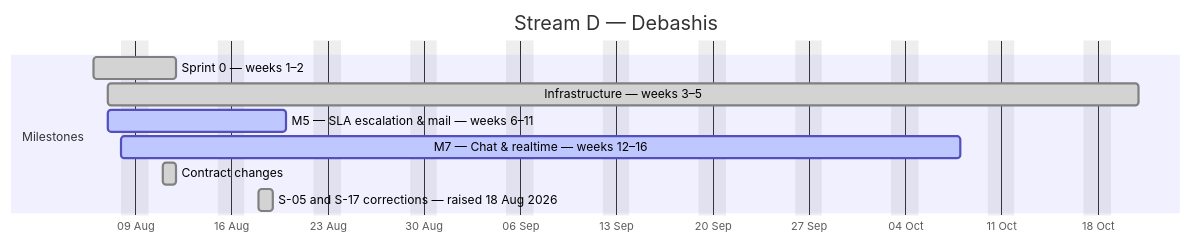
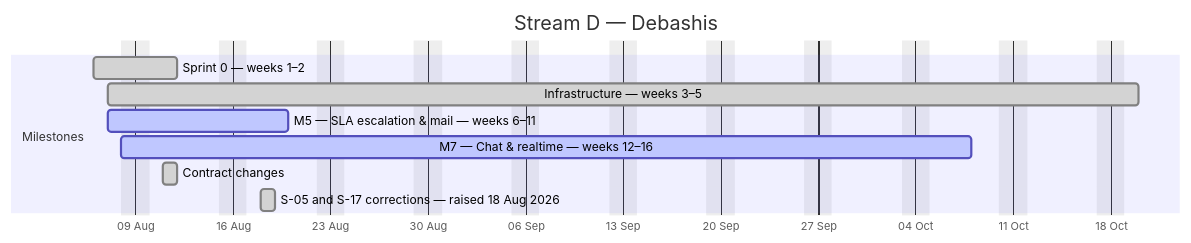
The fourth of 4 diagrams in docs/plan/GANTT.md (debashisedunext/EduTrack), drawn with Mermaid before and after one commit. The commit also changed other lines of this file and 3 other files, not shown here.

````diff
--- a/docs/plan/GANTT.md
+++ b/docs/plan/GANTT.md
@@ -149,14 +149,14 @@
 ```mermaid
 gantt
     dateFormat YYYY-MM-DD
     axisFormat %d %b
     title Stream D — Debashis
     excludes weekends
     section Milestones
     Sprint 0 — weeks 1–2 :done, d0, 2026-08-06, 4d
-    Infrastructure — weeks 3–5 :done, d1, 2026-08-07, 53d
+    Infrastructure — weeks 3–5 :done, d1, 2026-08-07, 52d
     M5 — SLA  escalation & mail — weeks 6–11 :active, d2, 2026-08-07, 9d
     M7 — Chat & realtime — weeks 12–16 :active, d3, 2026-08-08, 44d
     Contract changes :done, d4, 2026-08-11, 1d
     S-05 and S-17 corrections — raised 18 Aug 2026 :done, d5, 2026-08-18, 1d
 ```
````
